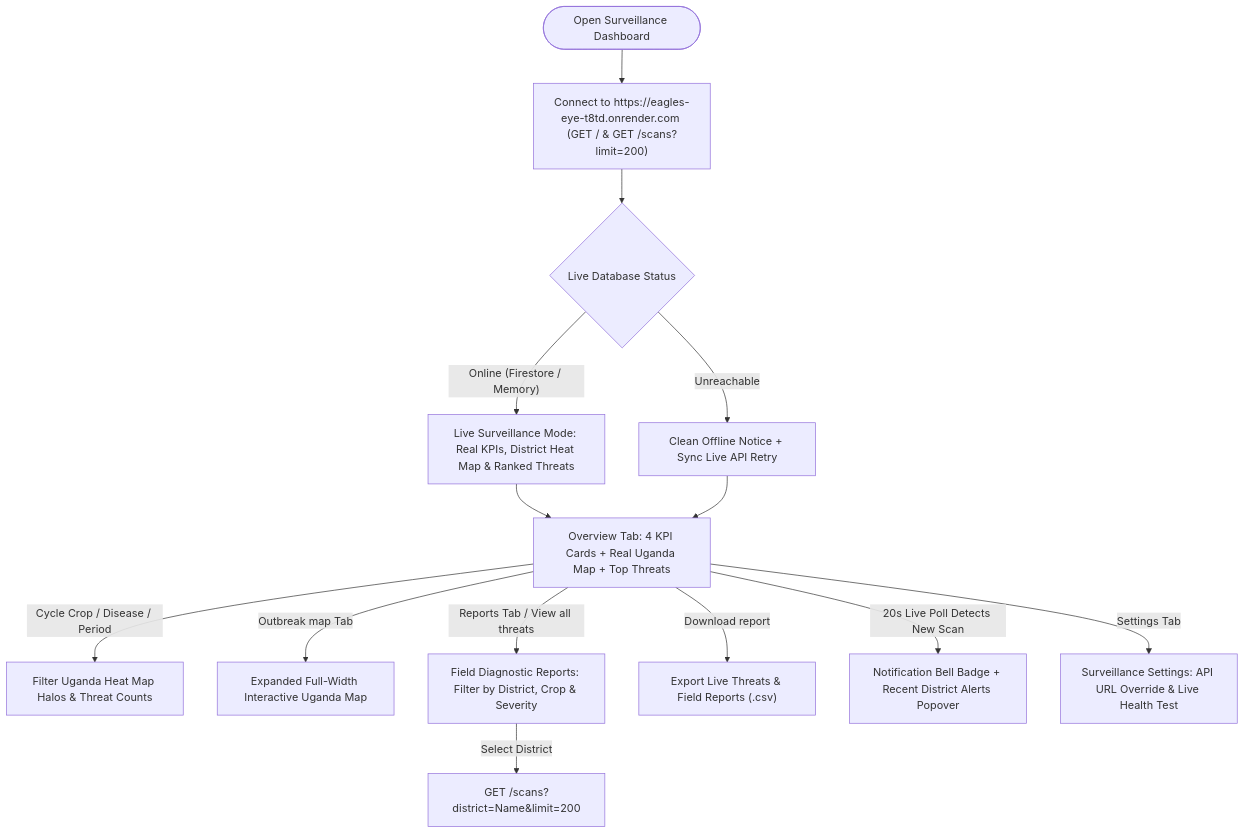
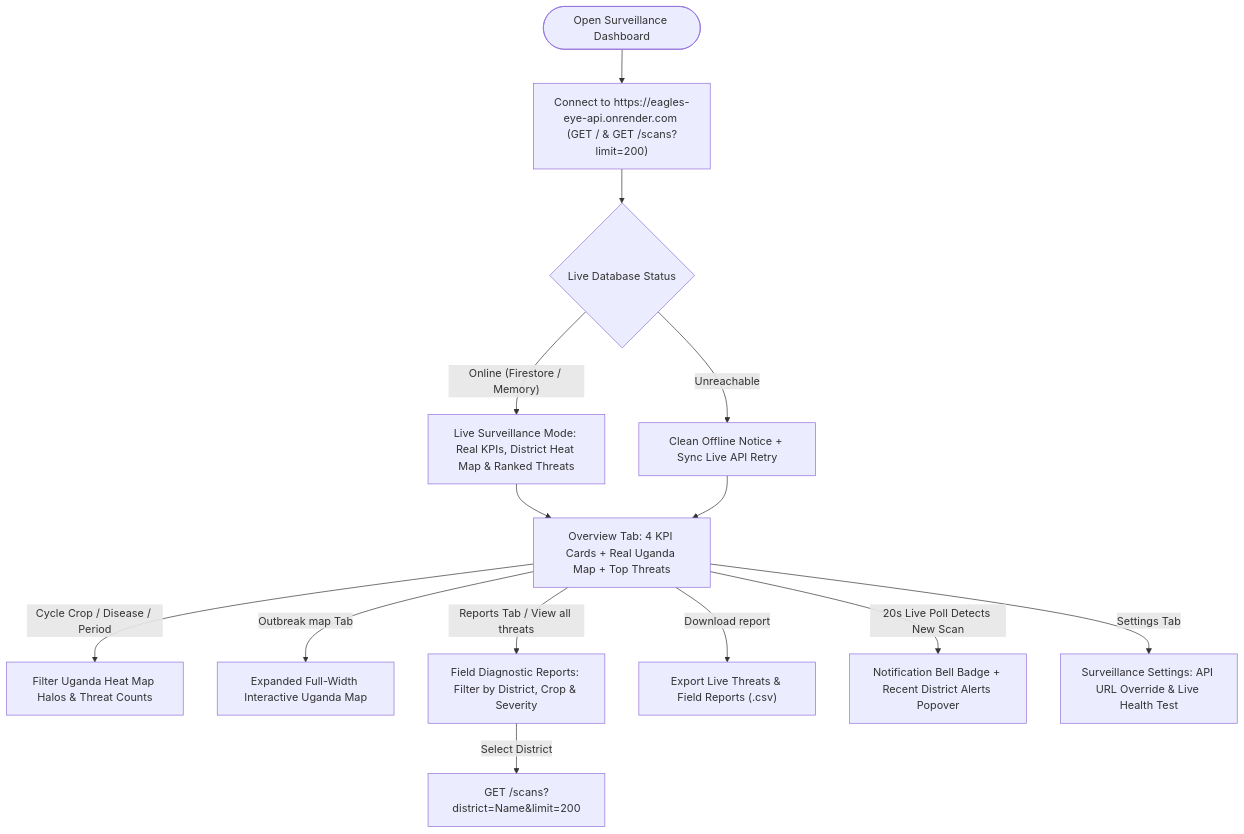
One commit to Wasswa-Phen/eagles-eye changed the fourth of 4 diagrams in README.md. Above: the diagram before and after it, drawn with Mermaid. The commit also changed other lines of this file and 10 other files, not shown here.

Commit message:
feat: add firebase hosting config and surveillance dashboard client

````diff
--- a/README.md
+++ b/README.md
@@ -130,20 +130,20 @@
 ```mermaid
 flowchart TD
-    Entry(["Open Surveillance Dashboard"]) --> Boot["Connect to https://eagles-eye-t8td.onrender.com (GET / & GET /scans?limit=200)"]
+    Entry(["Open Surveillance Dashboard"]) --> Boot["Connect to https://eagles-eye-api.onrender.com (GET / & GET /scans?limit=200)"]
     Boot --> Mode{"Live Database Status"}
 
     Mode -->|"Online (Firestore / Memory)"| Live["Live Surveillance Mode: Real KPIs, District Heat Map & Ranked Threats"]
     Mode -->|"Unreachable"| Offline["Clean Offline Notice + Sync Live API Retry"]
 
     Live --> Overview["Overview Tab: 4 KPI Cards + Real Uganda Map + Top Threats"]
     Offline --> Overview
 
     Overview -->|"Cycle Crop / Disease / Period"| FilterMap["Filter Uganda Heat Map Halos & Threat Counts"]
     Overview -->|"Outbreak map Tab"| FullMap["Expanded Full-Width Interactive Uganda Map"]
     Overview -->|"Reports Tab / View all threats"| Reports["Field Diagnostic Reports: Filter by District, Crop & Severity"]
     Overview -->|"Download report"| CSV["Export Live Threats & Field Reports (.csv)"]
     Overview -->|"20s Live Poll Detects New Scan"| Bell["Notification Bell Badge + Recent District Alerts Popover"]
 
     Reports -->|"Select District"| ServerFilter["GET /scans?district=Name&limit=200"]
     Overview -->|"Settings Tab"| Settings["Surveillance Settings: API URL Override & Live Health Test"]
 ```
````
